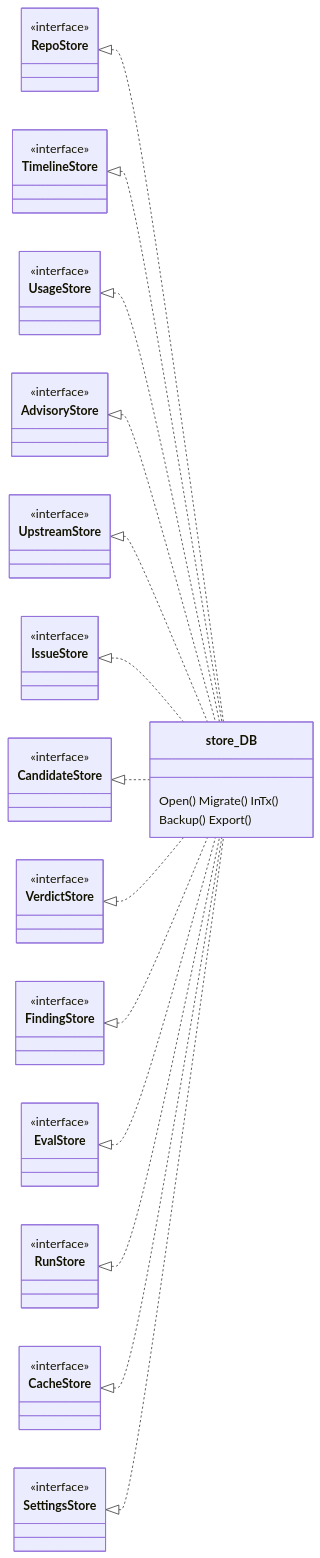
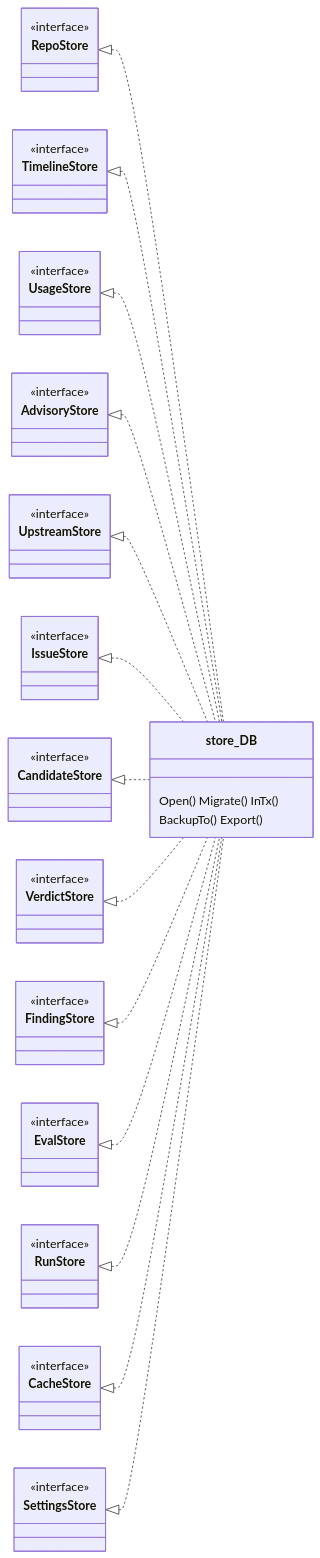
The diagram in docs/data-access.md (Amrit-Code/upstreamwatch), drawn with Mermaid before and after one commit. The commit also changed other lines of this file and 9 other files, not shown here.

````diff
--- a/docs/data-access.md
+++ b/docs/data-access.md
@@ -9,34 +9,34 @@
 ```mermaid
 classDiagram
   direction LR
   class store_DB {
     Open() Migrate() InTx()
-    Backup() Export()
+    BackupTo() Export()
   }
   class RepoStore { <<interface>> }
   class TimelineStore { <<interface>> }
   class UsageStore { <<interface>> }
   class AdvisoryStore { <<interface>> }
   class UpstreamStore { <<interface>> }
   class IssueStore { <<interface>> }
   class CandidateStore { <<interface>> }
   class VerdictStore { <<interface>> }
   class FindingStore { <<interface>> }
   class EvalStore { <<interface>> }
   class RunStore { <<interface>> }
   class CacheStore { <<interface>> }
   class SettingsStore { <<interface>> }
   RepoStore <|.. store_DB
   TimelineStore <|.. store_DB
   UsageStore <|.. store_DB
   AdvisoryStore <|.. store_DB
   UpstreamStore <|.. store_DB
   IssueStore <|.. store_DB
   CandidateStore <|.. store_DB
   VerdictStore <|.. store_DB
   FindingStore <|.. store_DB
   EvalStore <|.. store_DB
   RunStore <|.. store_DB
   CacheStore <|.. store_DB
   SettingsStore <|.. store_DB
 ```
````
